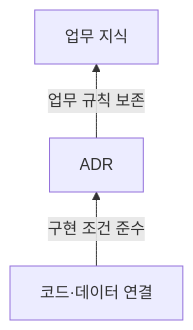
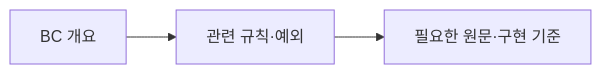
One commit to haandol/haandol.github.com changed the second of 3 diagrams in _posts/2026-11-05-enterprise-wide-ax-essentials.md. Above: the diagram before and after it, drawn with Mermaid. The commit also changed other lines of this file and 1 other file, not shown here.

````diff
--- a/_posts/2026-11-05-enterprise-wide-ax-essentials.md
+++ b/_posts/2026-11-05-enterprise-wide-ax-essentials.md
@@ -170,5 +106,5 @@
 ```mermaid
-flowchart BT
-  I["코드·데이터 연결"] -->|"구현 조건 준수"| A["ADR"]
-  A -->|"업무 규칙 보존"| B["업무 지식"]
+flowchart LR
+  B["BC 개요"] --> R["관련 규칙·예외"]
+  R --> E["필요한 원문·구현 기준"]
 ```
````
